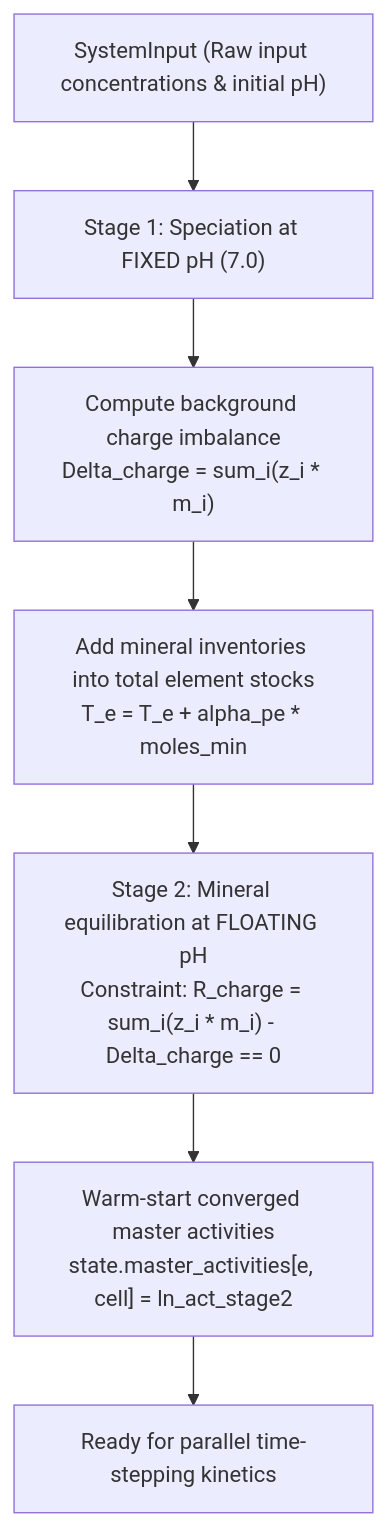
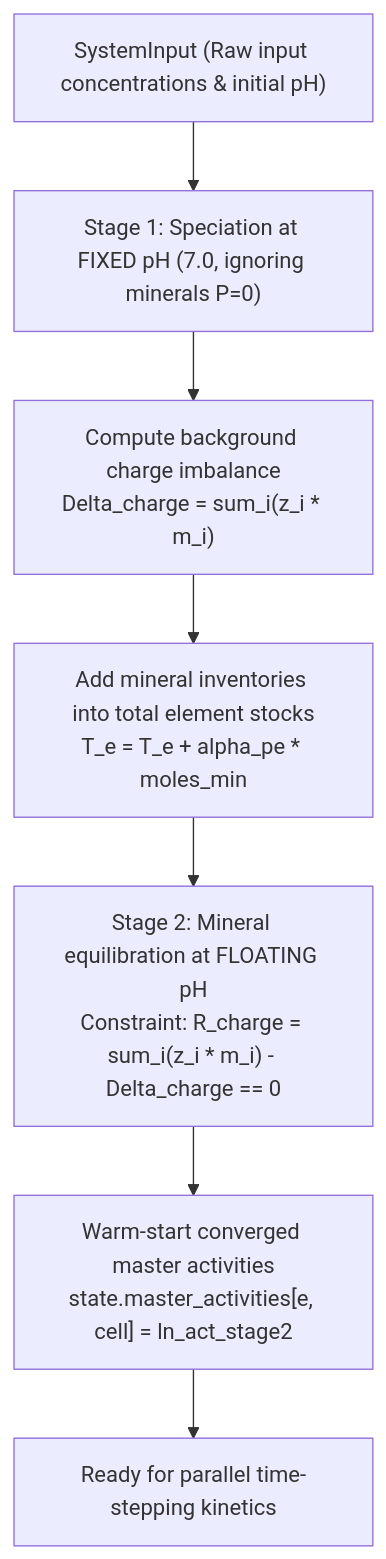
The second of 3 diagrams in docs/numerical_methods.md (sobc/litephreeqc-MP), drawn with Mermaid before and after one commit. The commit also changed other lines of this file and 5 other files, not shown here.

````diff
--- a/docs/numerical_methods.md
+++ b/docs/numerical_methods.md
@@ -102,9 +116,9 @@
 ```mermaid
 graph TD
-    A["SystemInput (Raw input concentrations & initial pH)"] --> B["Stage 1: Speciation at FIXED pH (7.0)"]
+    A["SystemInput (Raw input concentrations & initial pH)"] --> B["Stage 1: Speciation at FIXED pH (7.0, ignoring minerals P=0)"]
     B --> C["Compute background charge imbalance<br/>Delta_charge = sum_i(z_i * m_i)"]
     C --> D["Add mineral inventories into total element stocks<br/>T_e = T_e + alpha_pe * moles_min"]
     D --> E["Stage 2: Mineral equilibration at FLOATING pH<br/>Constraint: R_charge = sum_i(z_i * m_i) - Delta_charge == 0"]
     E --> F["Warm-start converged master activities<br/>state.master_activities[e, cell] = ln_act_stage2"]
     F --> G["Ready for parallel time-stepping kinetics"]
 ```
````
